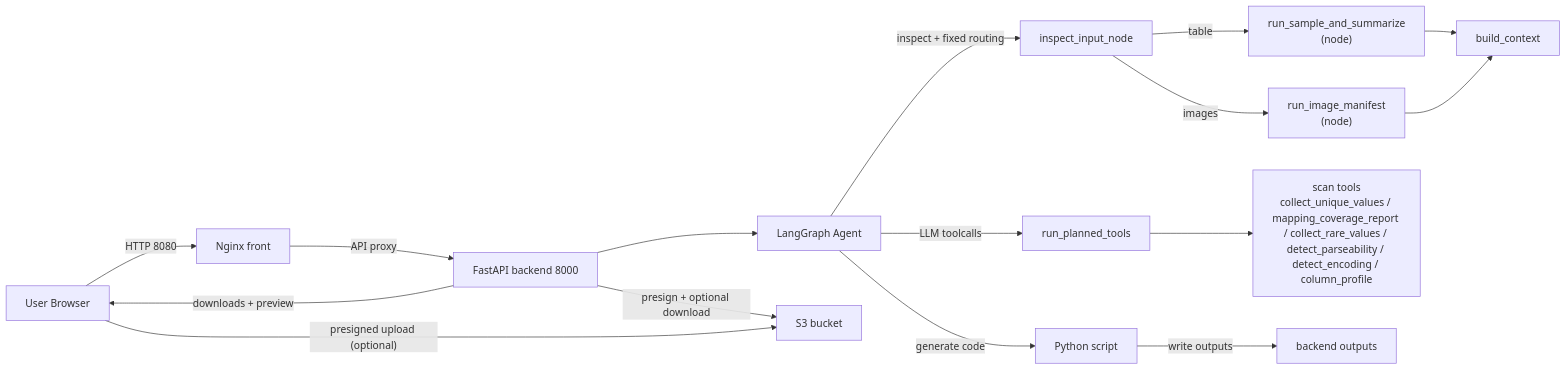
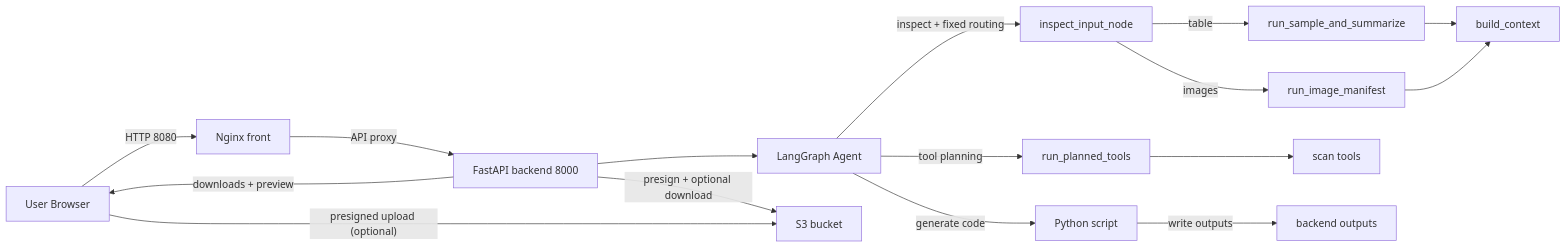
One commit to sonsukwoo/Data_preprocessing_auto changed the first of 3 diagrams in README.md. Above: the diagram before and after it, drawn with Mermaid. The commit also changed other lines of this file and 3 other files, not shown here.

````diff
--- a/README.md
+++ b/README.md
@@ -95,18 +103,18 @@
 ```mermaid
 flowchart LR
   U["User Browser"] -->|"HTTP 8080"| N["Nginx front"]
   N -->|"API proxy"| A["FastAPI backend 8000"]
   A --> G["LangGraph Agent"]
   G -->|"inspect + fixed routing"| T["inspect_input_node"]
-  T -->|"table"| S["run_sample_and_summarize\n(node)"]
-  T -->|"images"| IM["run_image_manifest\n(node)"]
+  T -->|"table"| S["run_sample_and_summarize"]
+  T -->|"images"| IM["run_image_manifest"]
   S --> C["build_context"]
   IM --> C
-  G -->|"LLM toolcalls"| TP["run_planned_tools"]
-  TP --> TOOL["scan tools<br/>collect_unique_values / mapping_coverage_report / collect_rare_values / detect_parseability / detect_encoding / column_profile"]
+  G -->|"tool planning"| TP["run_planned_tools"]
+  TP --> TOOL["scan tools"]
   G -->|"generate code"| P["Python script"]
   P -->|"write outputs"| O["backend outputs"]
   A -->|"downloads + preview"| U
   A -->|"presign + optional download"| S3["S3 bucket"]
   U -->|"presigned upload (optional)"| S3
 ```
````
